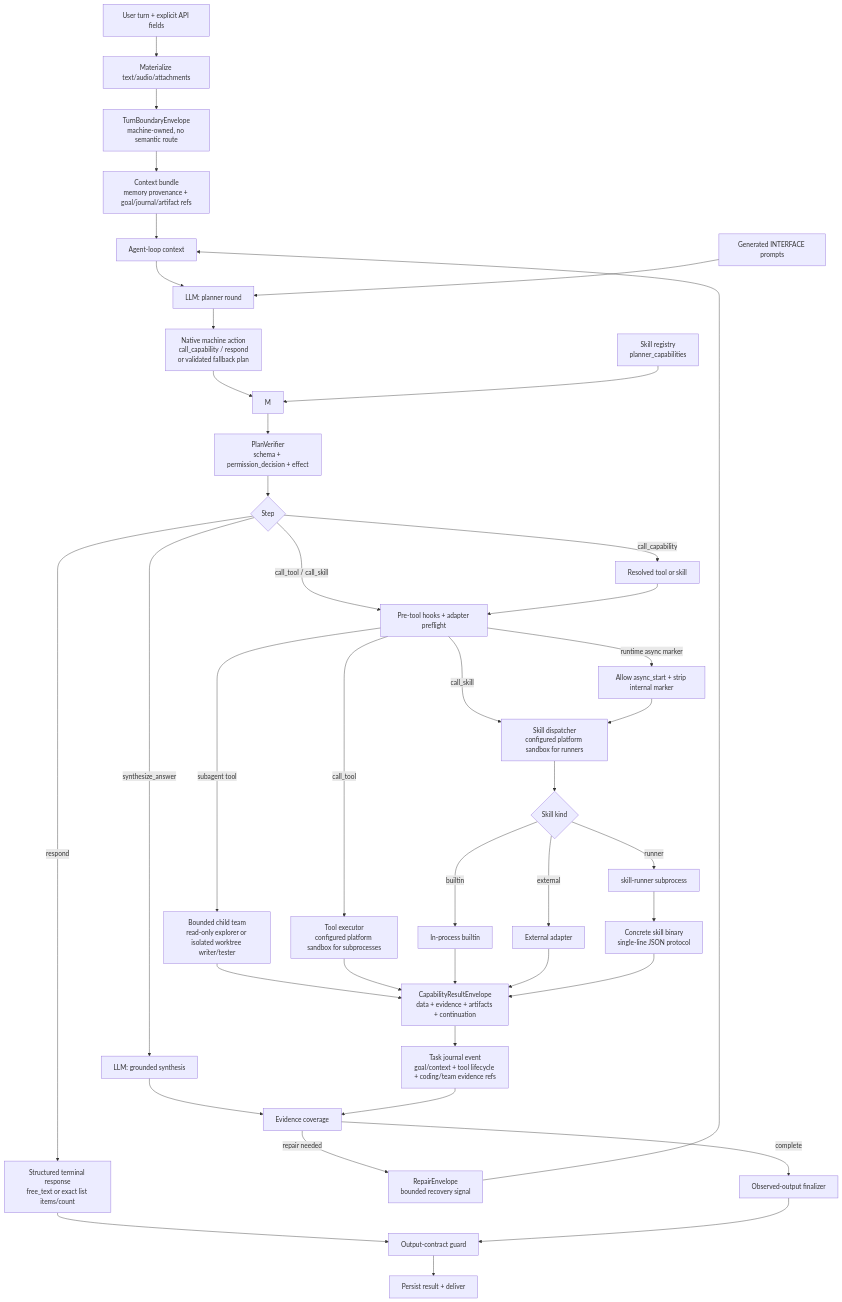
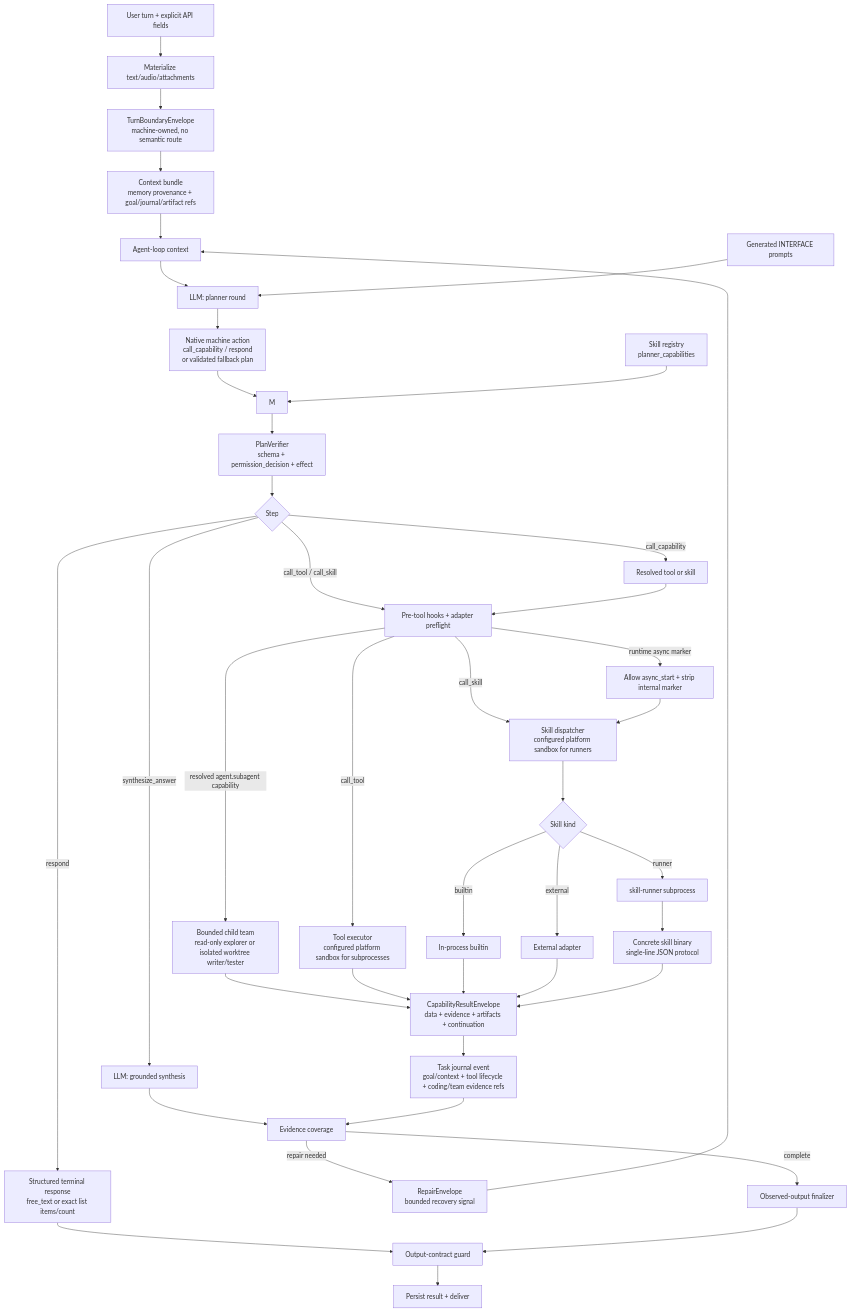
Before and after one commit to MatrixCoreX/RustClaw: the second of 18 diagrams in README.md, drawn with Mermaid. The commit also changed other lines of this file and 45 other files, not shown here.

Commit message:
fix(agent): isolate bounded delegated child loops

````diff
--- a/README.md
+++ b/README.md
@@ -135,43 +135,43 @@
 ```mermaid
 flowchart TD
     A[User turn + explicit API fields] --> B[Materialize text/audio/attachments]
     B --> C[TurnBoundaryEnvelope<br/>machine-owned, no semantic route]
     C --> D[Context bundle<br/>memory provenance + goal/journal/artifact refs]
     D --> G[Agent-loop context]
     G --> K[LLM: planner round]
     K --> L[Native machine action<br/>call_capability / respond<br/>or validated fallback plan]
     L --> M
     N[Skill registry<br/>planner_capabilities] --> M
     O[Generated INTERFACE prompts] --> K
     M --> P[PlanVerifier<br/>schema + permission_decision + effect]
     P --> Q{Step}
     Q -->|call_capability| R[Resolved tool or skill]
     Q -->|call_tool / call_skill| QA[Pre-tool hooks + adapter preflight]
     R --> QA
     QA -->|runtime async marker| AR[Allow async_start + strip internal marker]
-    QA -->|subagent tool| SS[Bounded child team<br/>read-only explorer or isolated worktree writer/tester]
+    QA -->|resolved agent.subagent capability| SS[Bounded child team<br/>read-only explorer or isolated worktree writer/tester]
     QA -->|call_tool| S[Tool executor<br/>configured platform sandbox for subprocesses]
     QA -->|call_skill| T[Skill dispatcher<br/>configured platform sandbox for runners]
     AR --> T
     T --> U{Skill kind}
     U -->|builtin| V[In-process builtin]
     U -->|external| W[External adapter]
     U -->|runner| X[skill-runner subprocess]
     X --> Y[Concrete skill binary<br/>single-line JSON protocol]
     SS --> Z
     S --> Z[CapabilityResultEnvelope<br/>data + evidence + artifacts + continuation]
     V --> Z
     W --> Z
     Y --> Z
     Z --> ZEV[Task journal event<br/>goal/context + tool lifecycle + coding/team evidence refs]
     Q -->|synthesize_answer| ZA[LLM: grounded synthesis]
     Q -->|respond| ZB[Structured terminal response<br/>free_text or exact list items/count]
     ZA --> ZC[Evidence coverage]
     ZEV --> ZC
     ZC -->|repair needed| ZR[RepairEnvelope<br/>bounded recovery signal]
     ZR --> G
     ZC -->|complete| ZD[Observed-output finalizer]
     ZB --> ZE[Output-contract guard]
     ZD --> ZE
     ZE --> ZF[Persist result + deliver]
 ```
````
